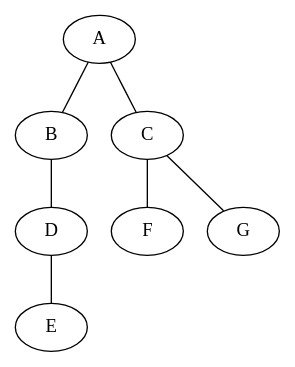
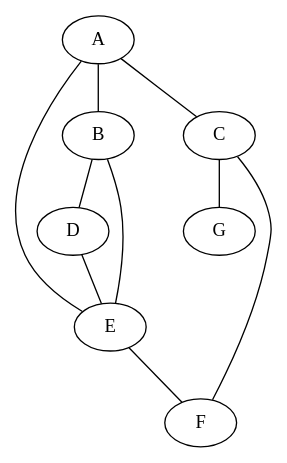
The diagram in Algo-AMPL/tp-graph/grp-dot-ps/ex1-q3-no.dot (Wanna-Get-High/Workspace-L-3), drawn with Graphviz before and after one commit. The commit also changed 39 other files, not shown here.

```diff
--- a/Algo-AMPL/tp-graph/grp-dot-ps/ex1-q3-no.dot
+++ b/Algo-AMPL/tp-graph/grp-dot-ps/ex1-q3-no.dot
@@ -1,8 +1,11 @@
 graph {
 	A -- B;
 	A -- C;
+	A -- E;
 	B -- D;
+	B -- E;
 	C -- F;
 	C -- G;
 	D -- E;
+	E -- F;
 }
```
